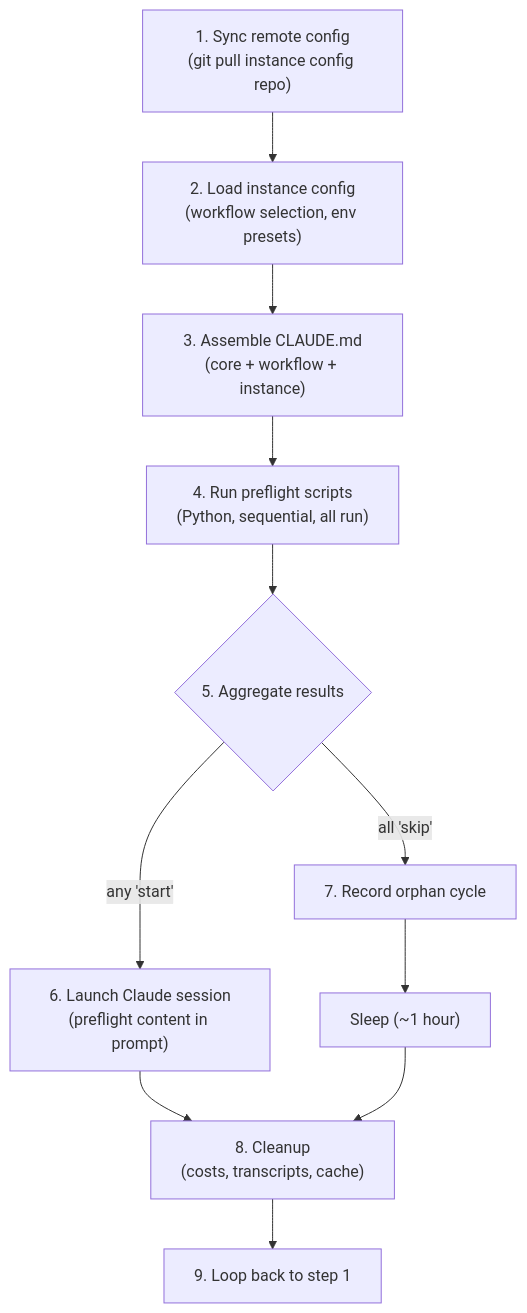
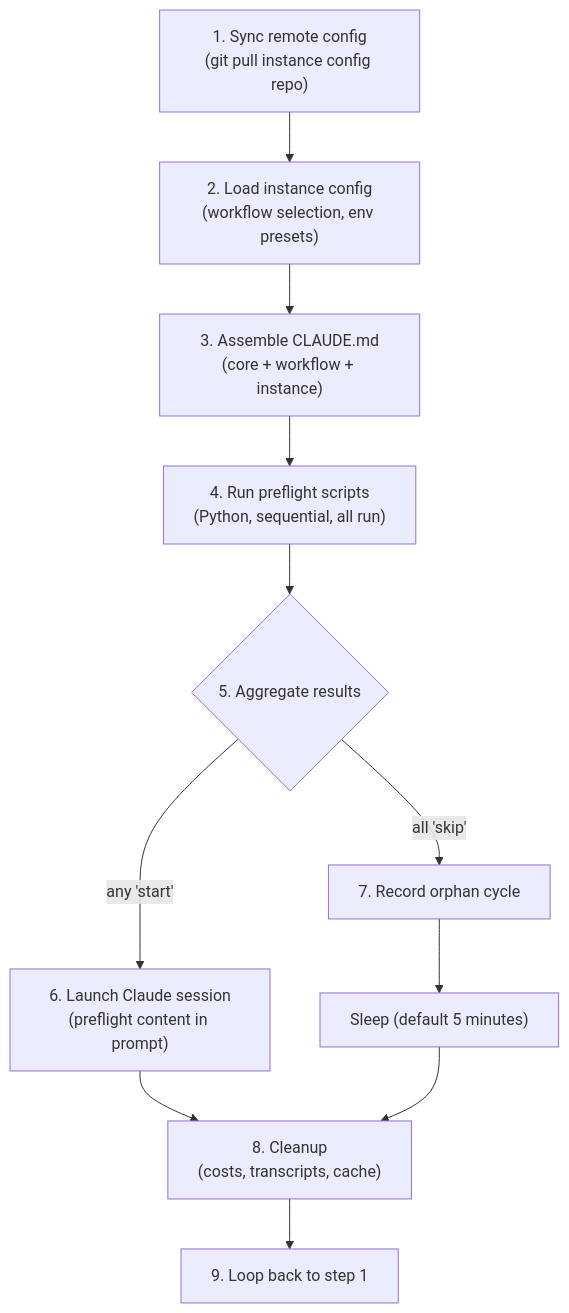
The second of 13 diagrams in docs/bot-workflow-loop.md (OpenShift-Fleet/rehor), drawn with Mermaid before and after one commit. The commit also changed 17 other files, not shown here.

````diff
--- a/docs/bot-workflow-loop.md
+++ b/docs/bot-workflow-loop.md
@@ -42,18 +42,18 @@
 ```mermaid
 graph TD
     Sync["1. Sync remote config<br/>(git pull instance config repo)"]
     Load["2. Load instance config<br/>(workflow selection, env presets)"]
     Assemble["3. Assemble CLAUDE.md<br/>(core + workflow + instance)"]
     Run["4. Run preflight scripts<br/>(Python, sequential, all run)"]
     Agg{"5. Aggregate results"}
     Launch["6. Launch Claude session<br/>(preflight content in prompt)"]
     Orphan["7. Record orphan cycle"]
-    SleepNode["Sleep (~1 hour)"]
+    SleepNode["Sleep (default 5 minutes)"]
     Cleanup["8. Cleanup<br/>(costs, transcripts, cache)"]
     LoopBack["9. Loop back to step 1"]
 
     Sync --> Load --> Assemble --> Run --> Agg
     Agg -->|"any 'start'"| Launch --> Cleanup
     Agg -->|"all 'skip'"| Orphan --> SleepNode --> Cleanup
     Cleanup --> LoopBack
 ```
````
